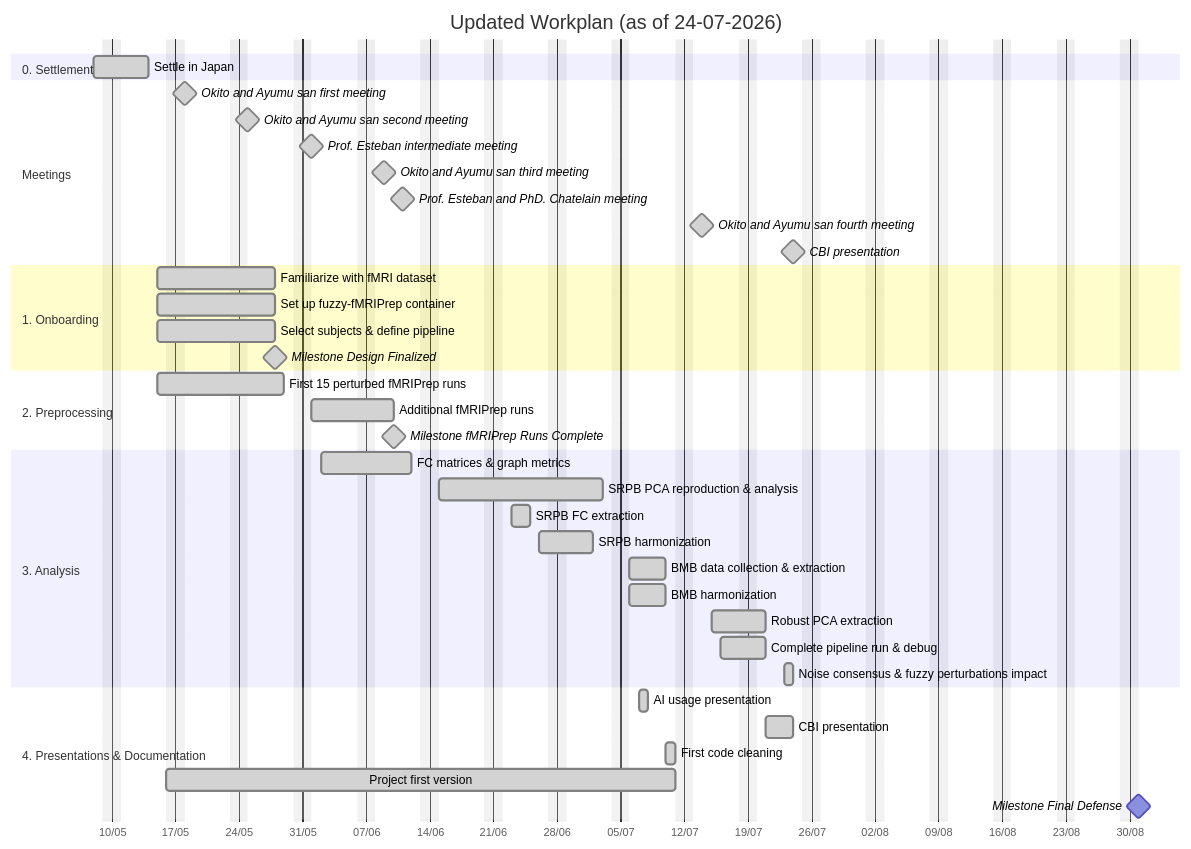
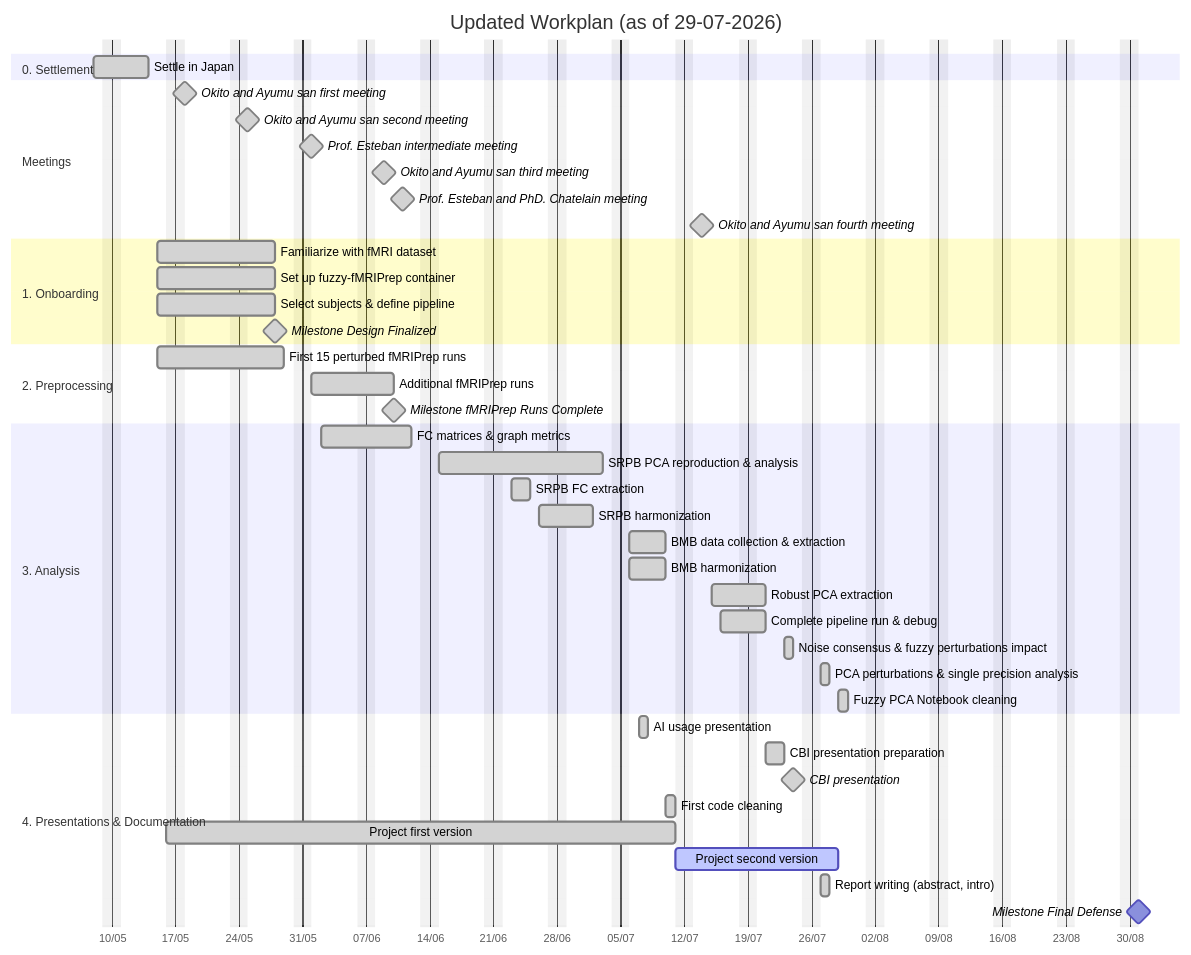
One commit to MadeInShineA/bachelor-thesis changed the diagram in site/index.qmd. Above: the diagram before and after it, drawn with Mermaid. The commit also changed 1 other file, not shown here.

Commit message:
docs: Update daily journal + gantt diagram

````diff
--- a/site/index.qmd
+++ b/site/index.qmd
@@ -69,48 +69,52 @@
 ```{mermaid}
 gantt
-    title Updated Workplan (as of 24-07-2026)
+    title Updated Workplan (as of 29-07-2026)
     dateFormat  YYYY-MM-DD
     axisFormat  %d/%m
     excludes weekends
 
     section 0. Settlement
     Settle in Japan :done, settlement, 2026-05-08, 2026-05-14
 
     section Meetings
     Okito and Ayumu san first meeting :done, milestone, meet1, 2026-05-18, 0d
     Okito and Ayumu san second meeting :done, milestone, meet2, 2026-05-25, 0d
     Prof. Esteban intermediate meeting :done, milestone, meet3, 2026-06-01, 0d
     Okito and Ayumu san third meeting :done, milestone, meet4, 2026-06-09, 0d
     Prof. Esteban and PhD. Chatelain meeting :done, milestone, meet5, 2026-06-11, 0d
     Okito and Ayumu san fourth meeting :done, milestone, meet6, 2026-07-14, 0d
-    CBI presentation                  :done, milestone, meet7, 2026-07-24, 0d
 
     section 1. Onboarding
     Familiarize with fMRI dataset       :done, p1t1, 2026-05-15, 2026-05-28
     Set up fuzzy-fMRIPrep container     :done, p1t2, 2026-05-15, 2026-05-28
     Select subjects & define pipeline   :done, p1t3, 2026-05-15, 2026-05-28
     Milestone Design Finalized          :done, milestone, m1, 2026-05-28, 0d
 
     section 2. Preprocessing
     First 15 perturbed fMRIPrep runs    :done, p2t1, 2026-05-15, 2026-05-29
     Additional fMRIPrep runs            :done, p2t2, 2026-06-01, 2026-06-10
     Milestone fMRIPrep Runs Complete    :done, milestone, m2, 2026-06-10, 0d
 
     section 3. Analysis
     FC matrices & graph metrics         :done, p3t1, 2026-06-02, 2026-06-12
     SRPB PCA reproduction & analysis    :done, p3t2, 2026-06-15, 2026-07-03
     SRPB FC extraction                  :done, p3t3, 2026-06-23, 2026-06-25
     SRPB harmonization                  :done, p3t4, 2026-06-26, 2026-07-02
     BMB data collection & extraction    :done, p3t5, 2026-07-06, 2026-07-10
     BMB harmonization                   :done, p3t6, 2026-07-06, 2026-07-10
     Robust PCA extraction               :done, p3t7, 2026-07-15, 2026-07-21
     Complete pipeline run & debug       :done, p3t8, 2026-07-16, 2026-07-21
     Noise consensus & fuzzy perturbations impact :done, p3t9, 2026-07-23, 1d
+    PCA perturbations & single precision analysis :done, p3t10, 2026-07-27, 2026-07-28
+    Fuzzy PCA Notebook cleaning                             :done, p3t11, 2026-07-29, 1d
 
     section 4. Presentations & Documentation
     AI usage presentation               :done, p4t0, 2026-07-07, 2026-07-08
-    CBI presentation                    :done, p4t1, 2026-07-21, 2026-07-24
+    CBI presentation preparation        :done, p4t1, 2026-07-21, 2026-07-23
+    CBI presentation                    :done, milestone, meet7, 2026-07-24, 0d
     First code cleaning                 :done, p4t2, 2026-07-10, 1d
     Project first version               :done, p4t3, 2026-05-16, 2026-07-11
+    Project second version              :active, p4t4, 2026-07-11, 2026-07-29
+    Report writing (abstract, intro)    :done, p4t5, 2026-07-27, 2026-07-28
     Milestone Final Defense             :milestone, m4, 2026-08-31, 0d
 ```
````
